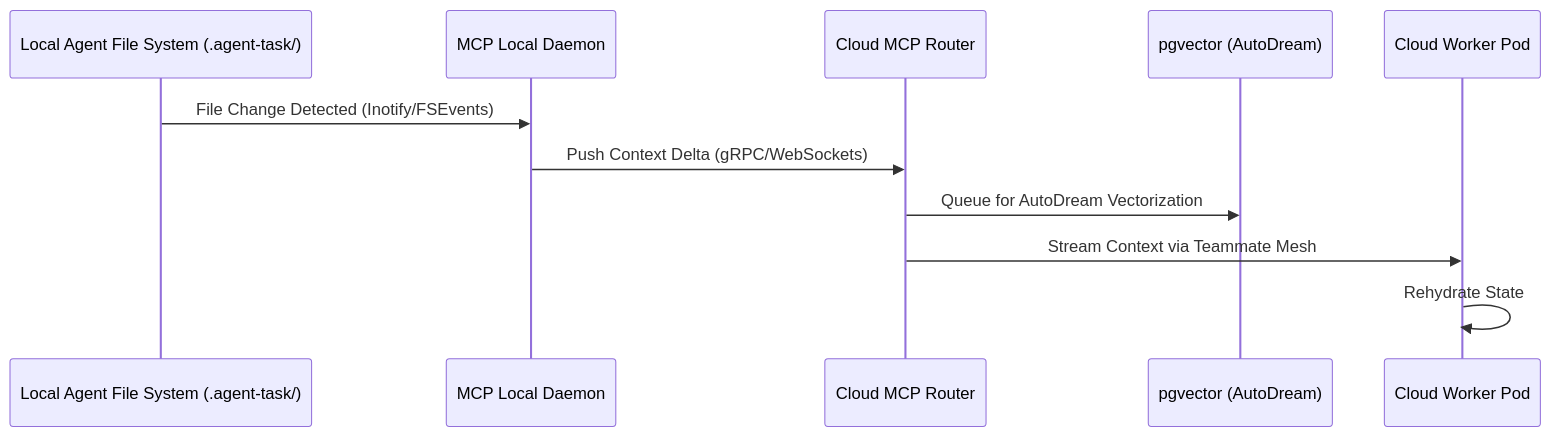
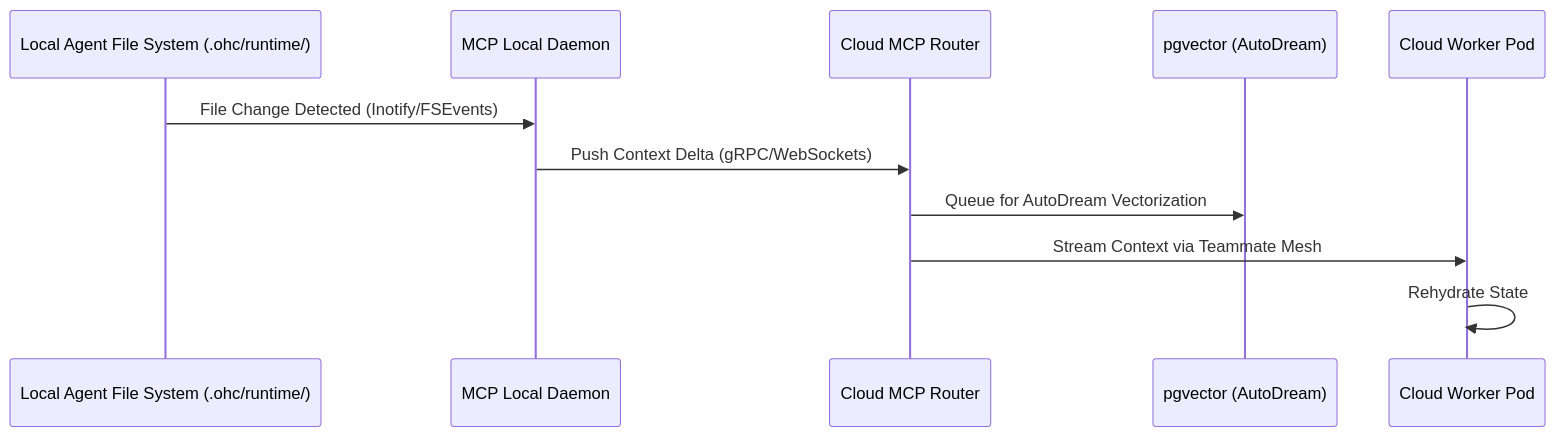
The diagram in docs/walkthroughs/hybrid_fs_mcp_architecture.md (omnisolo-llc/onehumancorp), drawn with Mermaid before and after one commit. The commit also changed 869 other files, not shown here.

````diff
--- a/docs/walkthroughs/hybrid_fs_mcp_architecture.md
+++ b/docs/walkthroughs/hybrid_fs_mcp_architecture.md
@@ -11,14 +11,14 @@
 ```mermaid
 sequenceDiagram
-    participant LocalFS as Local Agent File System (.agent-task/)
+    participant LocalFS as Local Agent File System (.ohc/runtime/)
     participant Sync as MCP Local Daemon
     participant Router as Cloud MCP Router
     participant Vector as pgvector (AutoDream)
     participant CloudAgent as Cloud Worker Pod
 
     LocalFS->>Sync: File Change Detected (Inotify/FSEvents)
     Sync->>Router: Push Context Delta (gRPC/WebSockets)
     Router->>Vector: Queue for AutoDream Vectorization
     Router->>CloudAgent: Stream Context via Teammate Mesh
     CloudAgent->>CloudAgent: Rehydrate State
 ```
````
